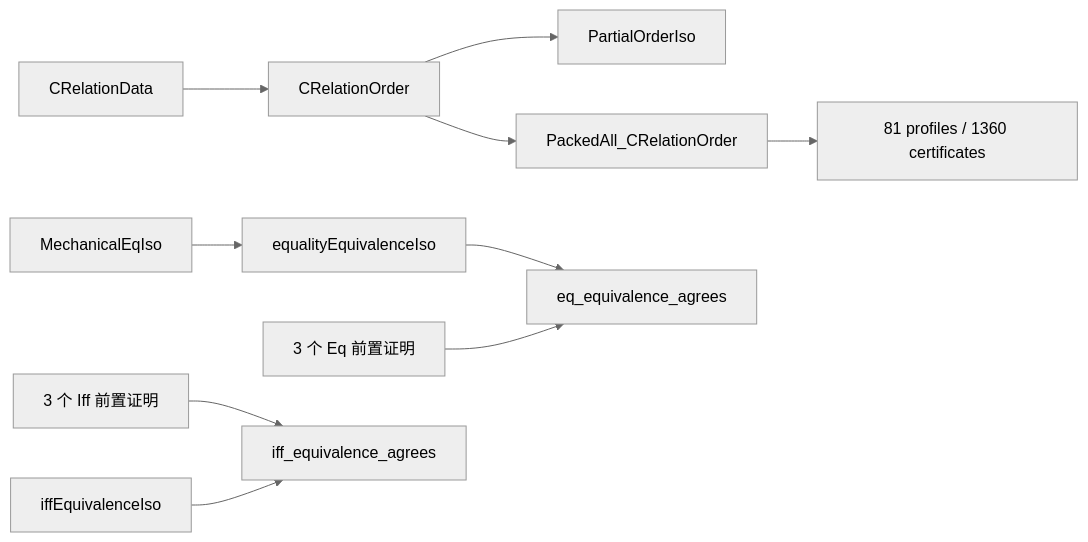
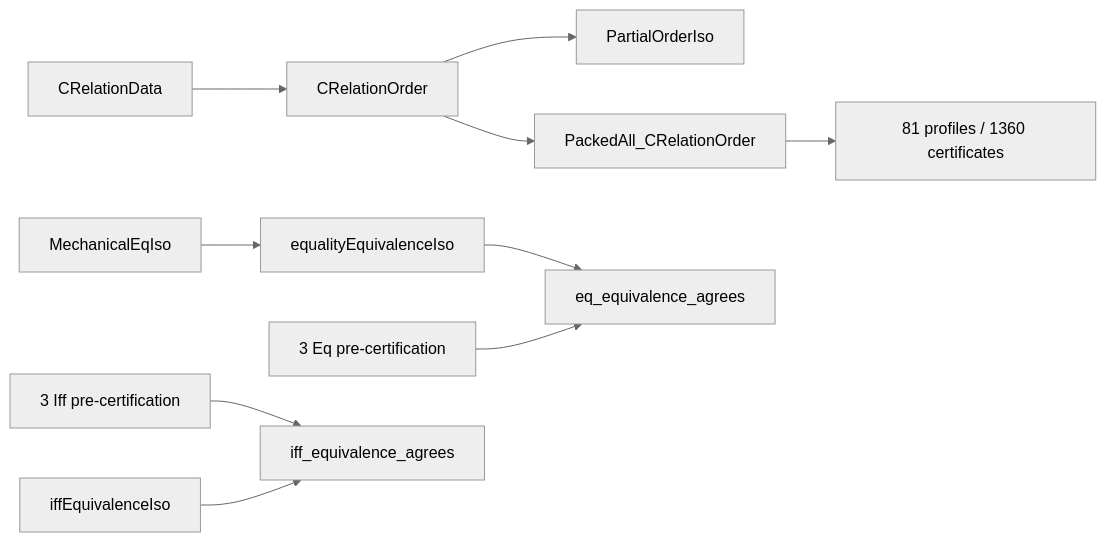
One commit to jackooo-dddd/rocq-core changed diagram 11 of 26 in experiments/incremental-correspondence-20261019/DAG.md. Above: the diagram before and after it, drawn with Mermaid (neutral theme). The commit also changed other lines of this file and 701 other files, not shown here.

````diff
--- a/experiments/incremental-correspondence-20261019/DAG.md
+++ b/experiments/incremental-correspondence-20261019/DAG.md
@@ -395,12 +395,12 @@
 ```mermaid
 flowchart LR
   CRelationData --> CRelationOrder
   CRelationOrder --> PartialOrderIso
   MechanicalEqIso --> equalityEquivalenceIso
-  EqWitnesses[3 个 Eq 前置证明] --> eq_equivalence_agrees
+  EqWitnesses[3 Eq pre-certification] --> eq_equivalence_agrees
   equalityEquivalenceIso --> eq_equivalence_agrees
-  IffWitnesses[3 个 Iff 前置证明] --> iff_equivalence_agrees
+  IffWitnesses[3 Iff pre-certification] --> iff_equivalence_agrees
   iffEquivalenceIso --> iff_equivalence_agrees
   CRelationOrder --> PackedAll_CRelationOrder
   PackedAll_CRelationOrder --> ImportAll[81 profiles / 1360 certificates]
 ```
````
